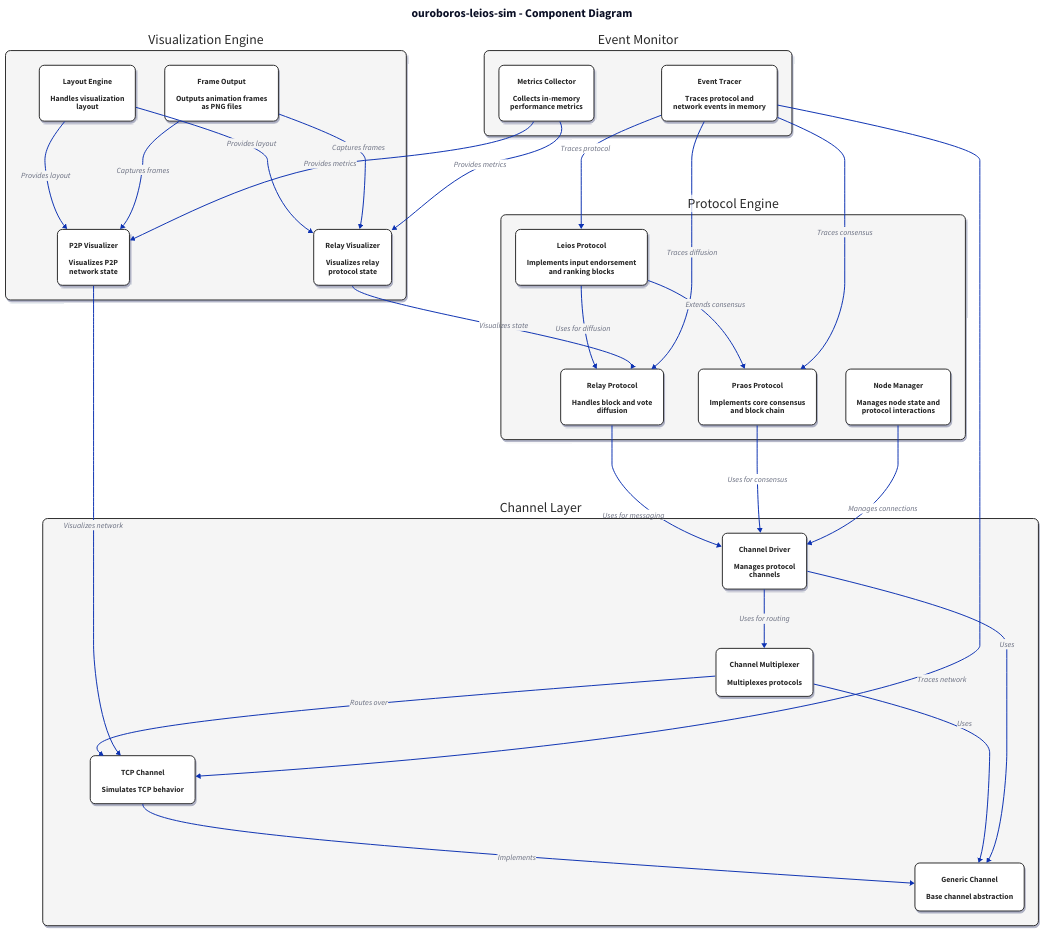
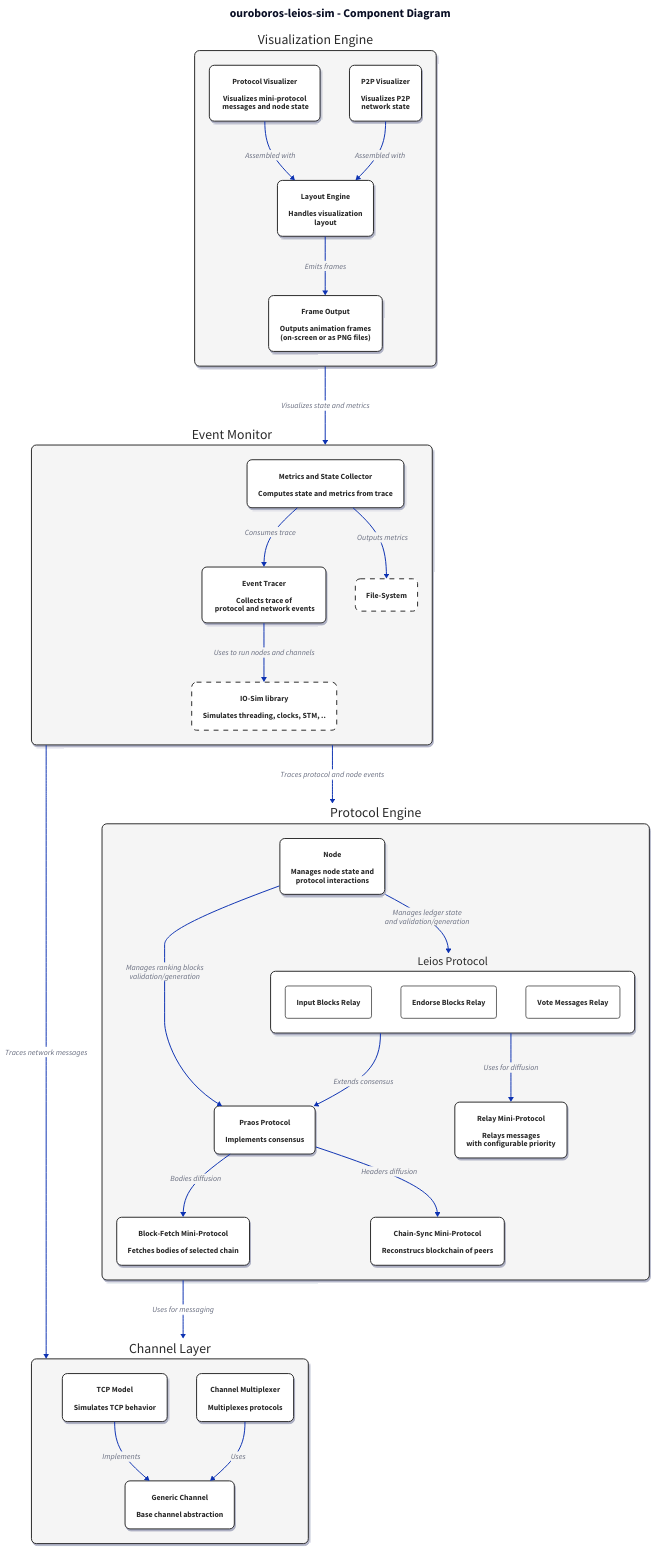
One commit to input-output-hk/ouroboros-leios changed the diagram in simulation/docs/component.d2. Above: the diagram before and after it, drawn with D2. The commit also changed 1 other file, not shown here.

Commit message:
simulation: updated component diagram

```diff
--- a/simulation/docs/component.d2
+++ b/simulation/docs/component.d2
@@ -35,6 +35,15 @@
       shadow: false
     }
   }
+  external: {
+    style: {
+      stroke: "#2a2a2a"
+      fill: "#ffffff"
+      font-color: "#2a2a2a"
+      border-radius: 10
+      stroke-dash: 5
+    }
+  }
 }
 
 # Protocol Engine Container
@@ -44,22 +53,43 @@
 
   praos: {
     class: component
-    label: "Praos Protocol\n\nImplements core consensus\nand block chain"
+    label: "Praos Protocol\n\nImplements consensus"
+  }
+
+  chain-sync: {
+      class: component
+      label: "Chain-Sync Mini-Protocol\n\nReconstrucs blockchain of peers"
+  }
+  block-fetch: {
+      class: component
+      label: "Block-Fetch Mini-Protocol\n\nFetches bodies of selected chain"
   }
 
   leios: {
     class: component
-    label: "Leios Protocol\n\nImplements input endorsement\nand ranking blocks"
+    label: "Leios Protocol"
+    ib-relay: {
+      class: subcomponent
+      label: "Input Blocks Relay"
+    }
+    eb-relay: {
+      class: subcomponent
+      label: "Endorse Blocks Relay"
+    }
+    vote-relay: {
+      class: subcomponent
+      label: "Vote Messages Relay"
+    }
   }
 
   relay: {
     class: component
-    label: "Relay Protocol\n\nHandles block and vote\ndiffusion"
+    label: "Relay Mini-Protocol\n\nRelays messages\nwith configurable priority"
   }
 
   node-manager: {
     class: component
-    label: "Node Manager\n\nManages node state and\nprotocol interactions"
+    label: "Node\n\nManages node state and\nprotocol interactions"
   }
 }
 
@@ -75,7 +105,7 @@
 
   tcp: {
     class: component
-    label: "TCP Channel\n\nSimulates TCP behavior"
+    label: "TCP Model\n\nSimulates TCP behavior"
   }
 
   mux: {
@@ -83,10 +113,10 @@
     label: "Channel Multiplexer\n\nMultiplexes protocols"
   }
 
-  driver: {
-    class: component
-    label: "Channel Driver\n\nManages protocol\nchannels"
-  }
+  # driver: {
+  #   class: component
+  #   label: "Channel Driver\n\nManages protocol\nchannels"
+  # }
 }
 
 # Visualization Engine Container
@@ -99,9 +129,9 @@
     label: "Layout Engine\n\nHandles visualization\nlayout"
   }
 
-  relay-viz: {
+  protocol-viz: {
     class: component
-    label: "Relay Visualizer\n\nVisualizes relay\nprotocol state"
+    label: "Protocol Visualizer\n\nVisualizes mini-protocol\n messages and node state"
   }
 
   p2p-viz: {
@@ -111,8 +141,11 @@
 
   frame-output: {
     class: component
-    label: "Frame Output\n\nOutputs animation frames\nas PNG files"
+    label: "Frame Output\n\nOutputs animation frames\n(on-screen or as PNG files)"
   }
+  protocol-viz -> layout: "Assembled with"
+  p2p-viz -> layout: "Assembled with"
+  layout -> frame-output: "Emits frames"
 }
 
 # Event Monitor Container
@@ -122,41 +155,48 @@
 
   metrics: {
     class: component
-    label: "Metrics Collector\n\nCollects in-memory\nperformance metrics"
+    label: "Metrics and State Collector\n\nComputes state and metrics from trace"
   }
 
   tracer: {
     class: component
-    label: "Event Tracer\n\nTraces protocol and\nnetwork events in memory"
+    label: "Event Tracer\n\nCollects trace of\n protocol and network events"
   }
+
+  io-sim: {
+    class: external
+    label: "IO-Sim library\n\nSimulates threading, clocks, STM, .."
+  }
+
+  file-system: {
+    class: external
+    label: "File-System"
+  }
+
+  tracer -> io-sim: "Uses to run nodes and channels"
+  metrics -> tracer: "Consumes trace"
+  metrics -> file-system: "Outputs metrics"
 }
 
 # Core Layer Relationships
 channel-layer.tcp -> channel-layer.chan: "Implements"
 channel-layer.mux -> channel-layer.chan: "Uses"
-channel-layer.driver -> channel-layer.chan: "Uses"
-channel-layer.mux -> channel-layer.tcp: "Routes over"
-channel-layer.driver -> channel-layer.mux: "Uses for routing"
+# channel-layer.driver -> channel-layer.chan: "Uses"
+# channel-layer.mux -> channel-layer.tcp: "Multiplexes over"
+# channel-layer.driver -> channel-layer.mux: "Uses for routing"
 
 # Protocol Layer Relationships
-protocol-engine.relay -> channel-layer.driver: "Uses for messaging"
-protocol-engine.praos -> channel-layer.driver: "Uses for consensus"
+protocol-engine -> channel-layer: "Uses for messaging"
+protocol-engine.praos -> protocol-engine.block-fetch:"Bodies diffusion"
+protocol-engine.praos -> protocol-engine.chain-sync:"Headers diffusion"
 protocol-engine.leios -> protocol-engine.praos: "Extends consensus"
 protocol-engine.leios -> protocol-engine.relay: "Uses for diffusion"
-protocol-engine.node-manager -> channel-layer.driver: "Manages connections"
+protocol-engine.node-manager -> protocol-engine.praos: "Manages ranking blocks\nvalidation/generation"
+protocol-engine.node-manager -> protocol-engine.leios: "Manages ledger state\nand validation/generation"
 
 # Visualization Layer Relationships
-viz-engine.relay-viz -> protocol-engine.relay: "Visualizes state"
-viz-engine.p2p-viz -> channel-layer.tcp: "Visualizes network"
-viz-engine.layout -> viz-engine.relay-viz: "Provides layout"
-viz-engine.layout -> viz-engine.p2p-viz: "Provides layout"
-viz-engine.frame-output -> viz-engine.relay-viz: "Captures frames"
-viz-engine.frame-output -> viz-engine.p2p-viz: "Captures frames"
+viz-engine -> monitor: "Visualizes state and metrics"
 
 # Monitoring Relationships
-monitor.metrics -> viz-engine.relay-viz: "Provides metrics"
-monitor.metrics -> viz-engine.p2p-viz: "Provides metrics"
-monitor.tracer -> channel-layer.tcp: "Traces network"
-monitor.tracer -> protocol-engine.praos: "Traces consensus"
-monitor.tracer -> protocol-engine.leios: "Traces protocol"
-monitor.tracer -> protocol-engine.relay: "Traces diffusion"
+monitor -> channel-layer: "Traces network messages"
+monitor -> protocol-engine: "Traces protocol and node events"
```
